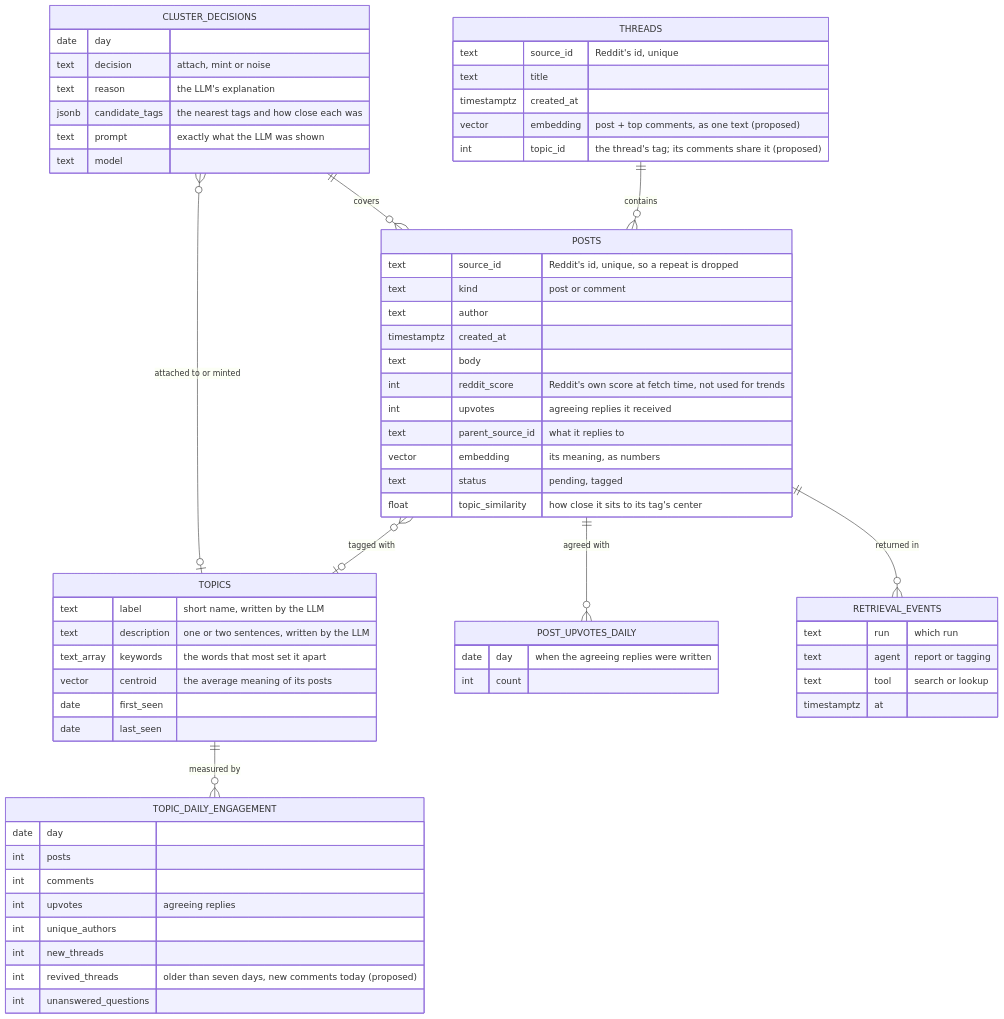
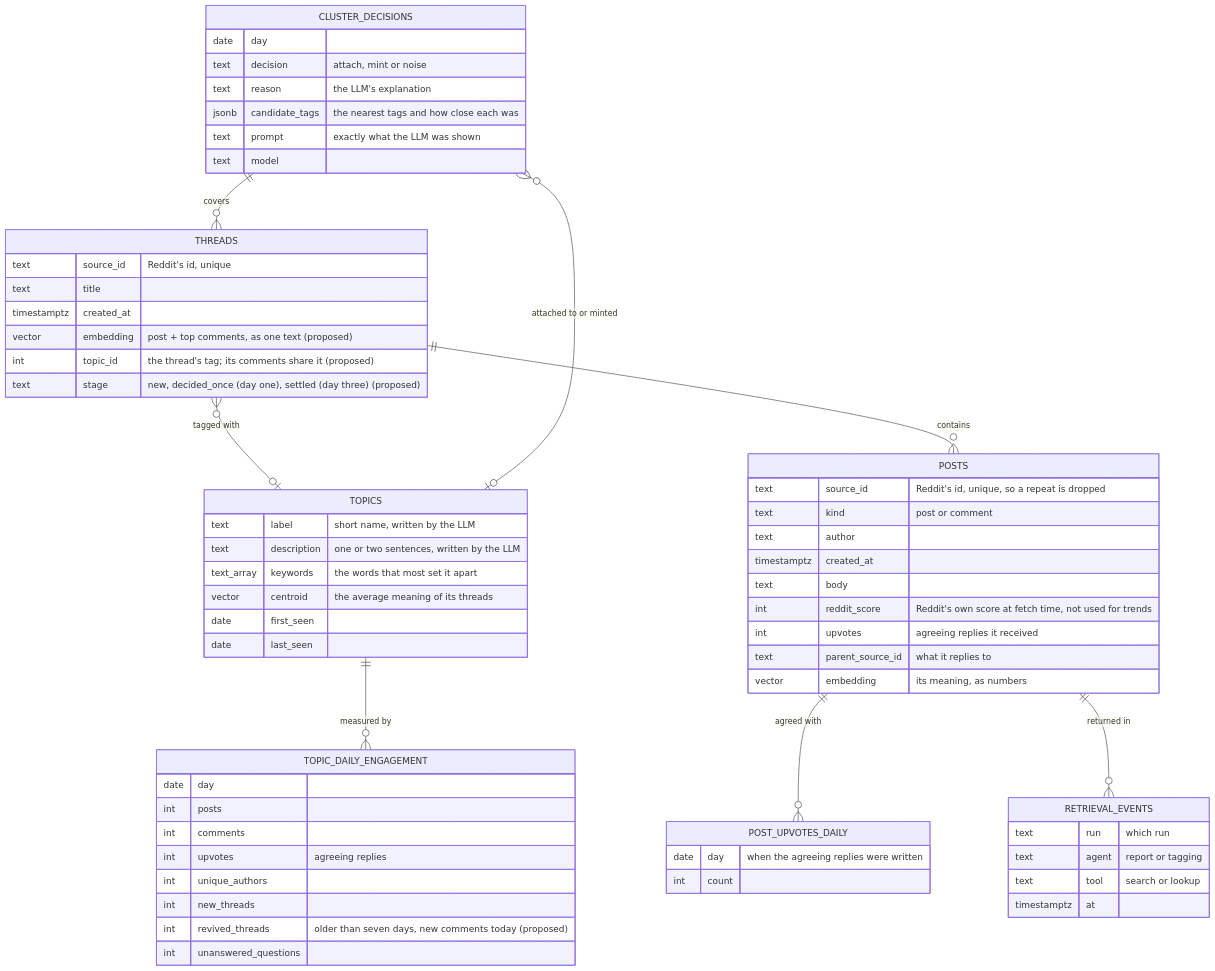
Before and after one commit to brianaderer/transcendent: the first of 2 diagrams in docs/atlas/20-data-model/21-topics.md, drawn with Mermaid. The commit also changed other lines of this file and 1 other file, not shown here.

Commit message:
Atlas: 21 tables as built for thread-level tagging (threads carry the tag and stage)

````diff
--- a/docs/atlas/20-data-model/21-topics.md
+++ b/docs/atlas/20-data-model/21-topics.md
@@ -37,67 +37,66 @@
 ```mermaid
 erDiagram
     THREADS ||--o{ POSTS : contains
-    POSTS }o--o| TOPICS : "tagged with"
+    THREADS }o--o| TOPICS : "tagged with"
     POSTS ||--o{ POST_UPVOTES_DAILY : "agreed with"
     TOPICS ||--o{ TOPIC_DAILY_ENGAGEMENT : "measured by"
     CLUSTER_DECISIONS }o--o| TOPICS : "attached to or minted"
-    CLUSTER_DECISIONS ||--o{ POSTS : "covers"
+    CLUSTER_DECISIONS ||--o{ THREADS : "covers"
     POSTS ||--o{ RETRIEVAL_EVENTS : "returned in"
 
     THREADS {
         text source_id "Reddit's id, unique"
         text title
         timestamptz created_at
         vector embedding "post + top comments, as one text (proposed)"
         int topic_id "the thread's tag; its comments share it (proposed)"
+        text stage "new, decided_once (day one), settled (day three) (proposed)"
     }
     POSTS {
         text source_id "Reddit's id, unique, so a repeat is dropped"
         text kind "post or comment"
         text author
         timestamptz created_at
         text body
         int reddit_score "Reddit's own score at fetch time, not used for trends"
         int upvotes "agreeing replies it received"
         text parent_source_id "what it replies to"
         vector embedding "its meaning, as numbers"
-        text status "pending, tagged"
-        float topic_similarity "how close it sits to its tag's center"
     }
     POST_UPVOTES_DAILY {
         date day "when the agreeing replies were written"
         int count
     }
     TOPICS {
         text label "short name, written by the LLM"
         text description "one or two sentences, written by the LLM"
         text_array keywords "the words that most set it apart"
-        vector centroid "the average meaning of its posts"
+        vector centroid "the average meaning of its threads"
         date first_seen
         date last_seen
     }
     TOPIC_DAILY_ENGAGEMENT {
         date day
         int posts
         int comments
         int upvotes "agreeing replies"
         int unique_authors
         int new_threads
         int revived_threads "older than seven days, new comments today (proposed)"
         int unanswered_questions
     }
     CLUSTER_DECISIONS {
         date day
         text decision "attach, mint or noise"
         text reason "the LLM's explanation"
         jsonb candidate_tags "the nearest tags and how close each was"
         text prompt "exactly what the LLM was shown"
         text model
     }
     RETRIEVAL_EVENTS {
         text run "which run"
         text agent "report or tagging"
         text tool "search or lookup"
         timestamptz at
     }
 ```
````
